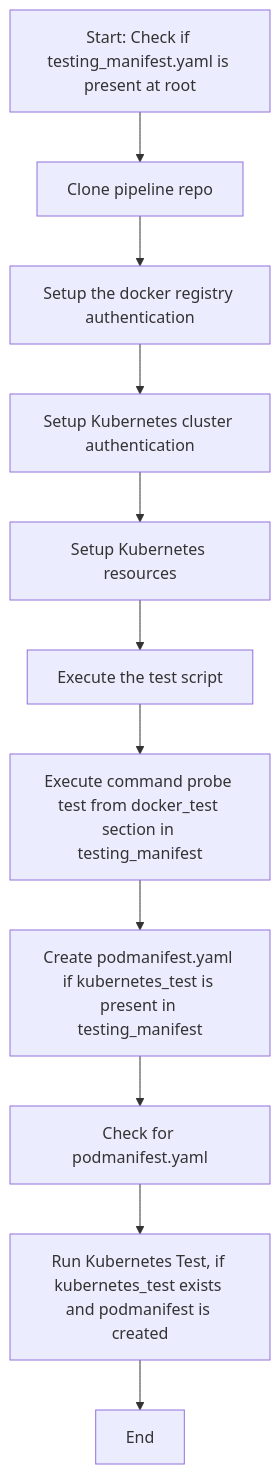
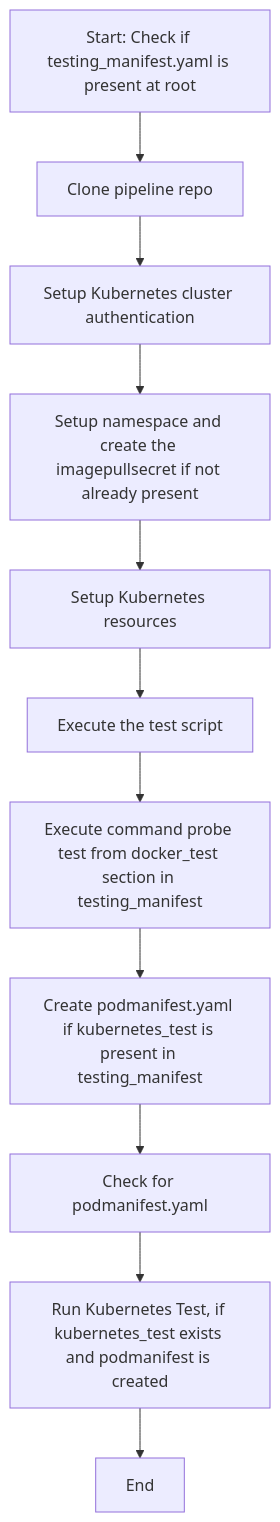
The diagram in stages/functional_testing/README.md (qdzlug/ironbank-pipeline), drawn with Mermaid before and after one commit. The commit also changed other lines of this file, not shown here.

````diff
--- a/stages/functional_testing/README.md
+++ b/stages/functional_testing/README.md
@@ -50,13 +50,13 @@
 ```mermaid
 graph TD
 A[Start: Check if testing_manifest.yaml is present at root] --> B[Clone pipeline repo]
-B --> C[Setup the docker registry authentication]
-C --> D[Setup Kubernetes cluster authentication]
+B --> C[Setup Kubernetes cluster authentication]
+C --> D[Setup namespace and create the imagepullsecret if not already present]
 D --> E[Setup Kubernetes resources]
 E --> F[Execute the test script]
 F --> G[Execute command probe test from docker_test section in testing_manifest]
 G --> H[Create podmanifest.yaml if kubernetes_test is present in testing_manifest]
 H --> I[Check for podmanifest.yaml]
 I --> J[Run Kubernetes Test, if kubernetes_test exists and podmanifest is created]
 J --> K[End]
 ```
````
